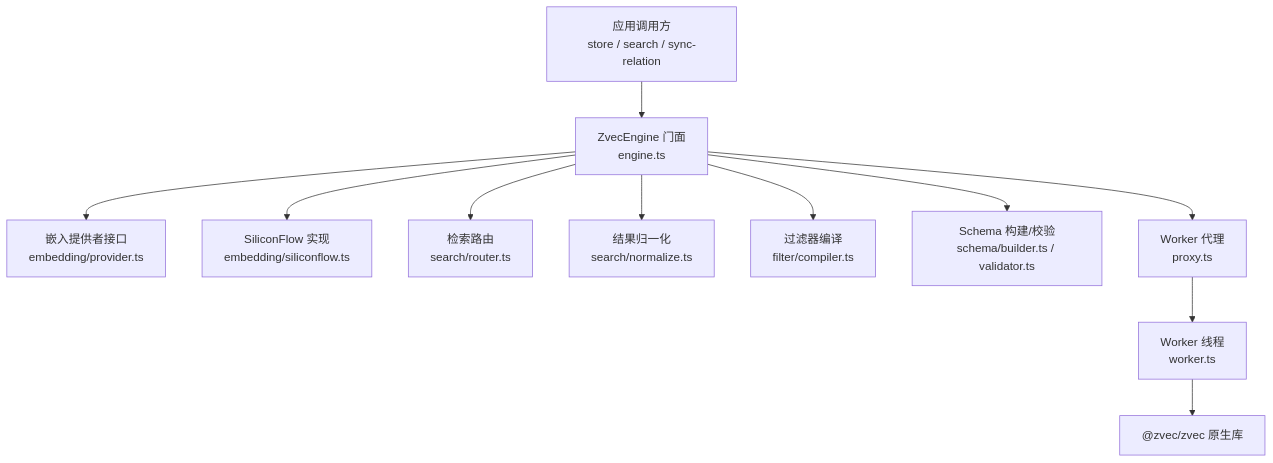
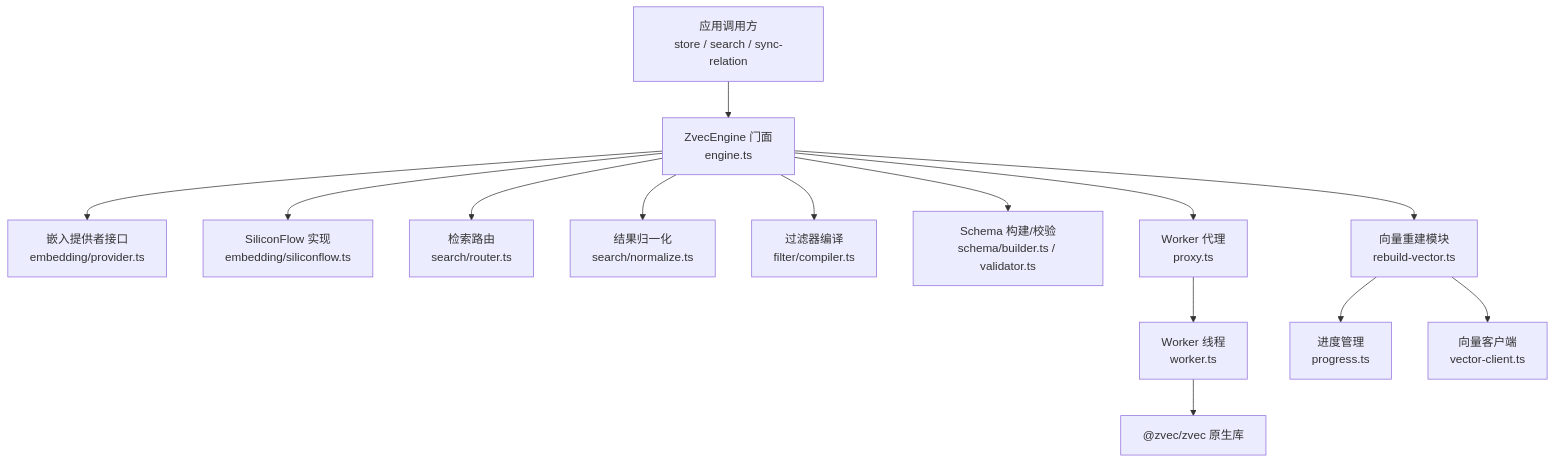
Before and after one commit to HACK-WU/kisearch: the first of 9 diagrams in .qoder/repowiki/zh/content/向量引擎架构/向量引擎架构.md, drawn with Mermaid. The commit also changed other lines of this file and 129 other files, not shown here.

````diff
--- a/.qoder/repowiki/zh/content/向量引擎架构/向量引擎架构.md
+++ b/.qoder/repowiki/zh/content/向量引擎架构/向量引擎架构.md
@@ -46,13 +59,16 @@
 ```mermaid
 graph TB
 A["应用调用方<br/>store / search / sync-relation"] --> B["ZvecEngine 门面<br/>engine.ts"]
 B --> C["嵌入提供者接口<br/>embedding/provider.ts"]
 B --> D["SiliconFlow 实现<br/>embedding/siliconflow.ts"]
 B --> E["检索路由<br/>search/router.ts"]
 B --> F["结果归一化<br/>search/normalize.ts"]
 B --> G["过滤器编译<br/>filter/compiler.ts"]
 B --> H["Schema 构建/校验<br/>schema/builder.ts / validator.ts"]
 B --> I["Worker 代理<br/>proxy.ts"]
 I --> J["Worker 线程<br/>worker.ts"]
 J --> K["@zvec/zvec 原生库"]
+B --> L["向量重建模块<br/>rebuild-vector.ts"]
+L --> M["进度管理<br/>progress.ts"]
+L --> N["向量客户端<br/>vector-client.ts"]
 ```
````
